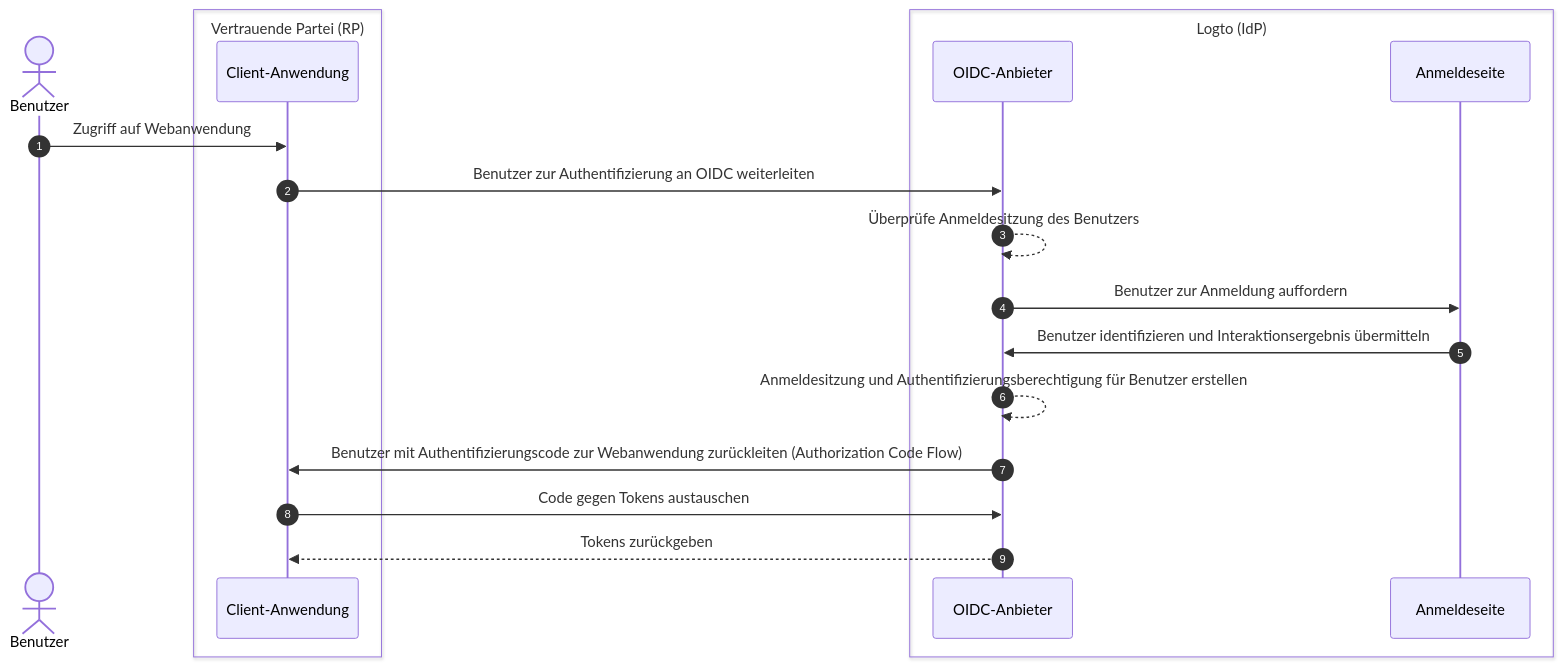
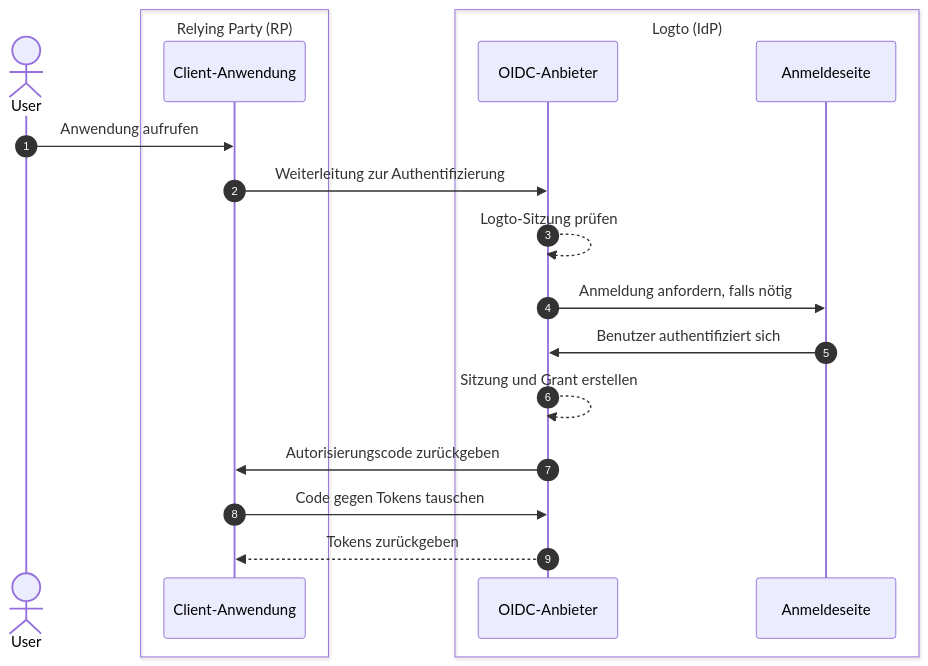
The second of 5 diagrams in i18n/de/docusaurus-plugin-content-docs/current/end-user-flows/sign-out.mdx (logto-io/docs), drawn with Mermaid before and after one commit. The commit also changed other lines of this file and 74 other files, not shown here.

````diff
--- a/i18n/de/docusaurus-plugin-content-docs/current/end-user-flows/sign-out.mdx
+++ b/i18n/de/docusaurus-plugin-content-docs/current/end-user-flows/sign-out.mdx
@@ -13,24 +62,24 @@
 ```mermaid
-  sequenceDiagram
-    autonumber
-    actor Benutzer
+sequenceDiagram
+  autonumber
+  actor User
 
-    box Vertrauende Partei (RP)
-      participant Client as Client-Anwendung
-    end
+  box Relying Party (RP)
+    participant Client as Client-Anwendung
+  end
 
-    box Logto (IdP)
-      participant OIDC as OIDC-Anbieter
-      participant SignIn as Anmeldeseite
-    end
+  box Logto (IdP)
+    participant OIDC as OIDC-Anbieter
+    participant SignIn as Anmeldeseite
+  end
 
-    Benutzer ->> Client: Zugriff auf Webanwendung
-    Client ->> OIDC: Benutzer zur Authentifizierung an OIDC weiterleiten
-    OIDC -->> OIDC: Überprüfe Anmeldesitzung des Benutzers
-    OIDC ->> SignIn: Benutzer zur Anmeldung auffordern
-    SignIn ->> OIDC: Benutzer identifizieren und Interaktionsergebnis übermitteln
-    OIDC -->> OIDC: Anmeldesitzung und Authentifizierungsberechtigung für Benutzer erstellen
-    OIDC ->> Client: Benutzer mit Authentifizierungscode zur Webanwendung zurückleiten (Authorization Code Flow)
-    Client ->> OIDC: Code gegen Tokens austauschen
-    OIDC -->> Client: Tokens zurückgeben
+  User ->> Client: Anwendung aufrufen
+  Client ->> OIDC: Weiterleitung zur Authentifizierung
+  OIDC -->> OIDC: Logto-Sitzung prüfen
+  OIDC ->> SignIn: Anmeldung anfordern, falls nötig
+  SignIn ->> OIDC: Benutzer authentifiziert sich
+  OIDC -->> OIDC: Sitzung und Grant erstellen
+  OIDC ->> Client: Autorisierungscode zurückgeben
+  Client ->> OIDC: Code gegen Tokens tauschen
+  OIDC -->> Client: Tokens zurückgeben
 ```
````
